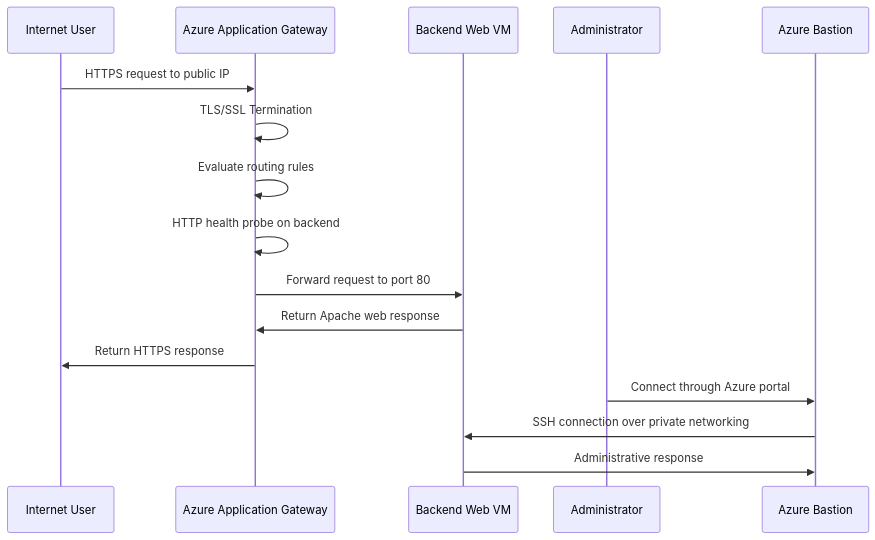
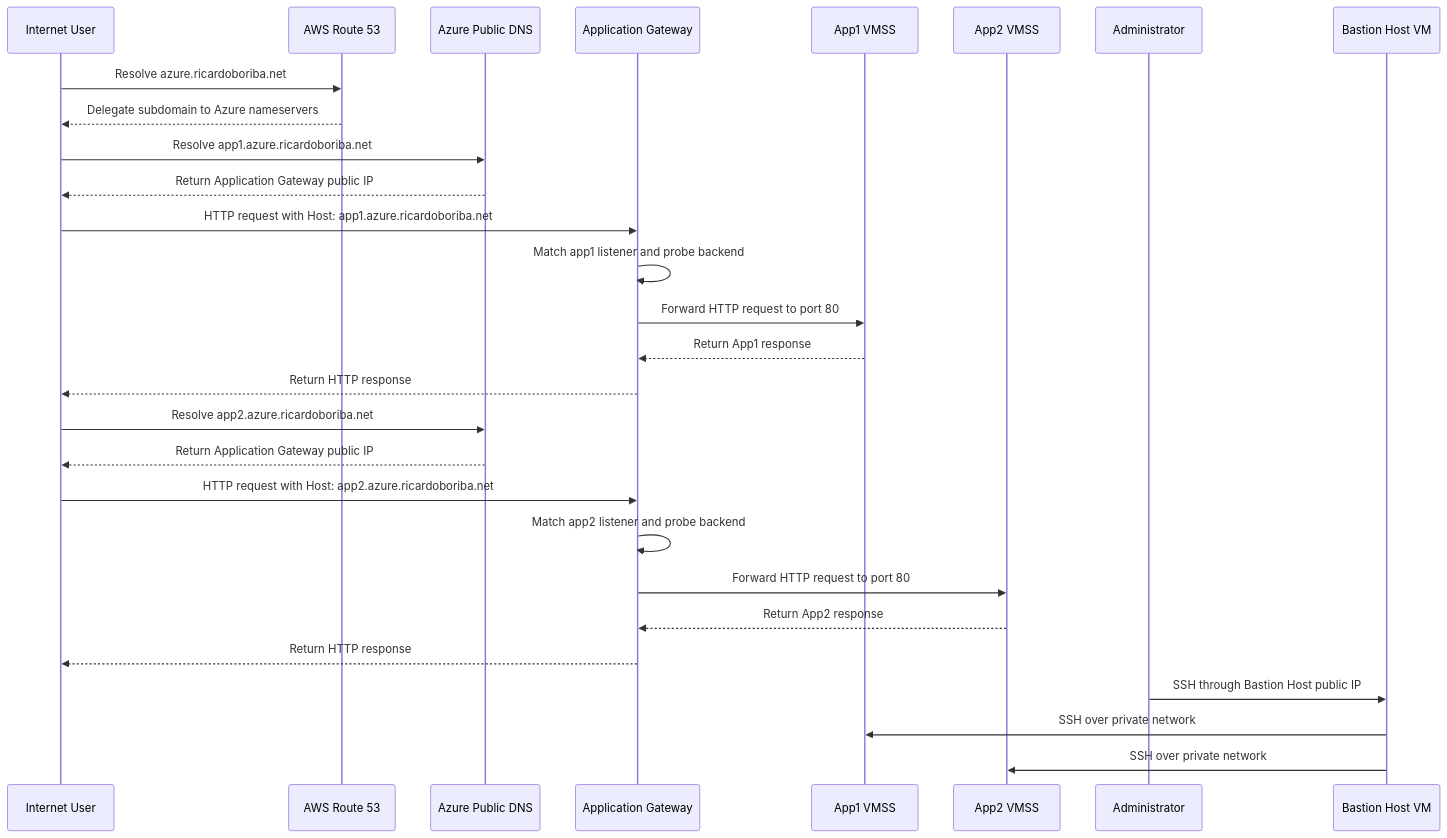
Before and after one commit to Richardbmk/azure-architecture-solutions: the diagram in 03-Project04-ApplicationGateway/README.md, drawn with Mermaid. The commit also changed other lines of this file and 1 other file, not shown here.

````diff
--- a/03-Project04-ApplicationGateway/README.md
+++ b/03-Project04-ApplicationGateway/README.md
@@ -74,20 +29,33 @@
 ```mermaid
 sequenceDiagram
     participant User as Internet User
-    participant AppGW as Azure Application Gateway
-    participant VM as Backend Web VM
+    participant AWS as AWS Route 53
+    participant AzureDNS as Azure Public DNS
+    participant Gateway as Application Gateway
+    participant App1 as App1 VMSS
+    participant App2 as App2 VMSS
     participant Admin as Administrator
-    participant Bastion as Azure Bastion
+    participant Bastion as Bastion Host VM
 
-    User->>AppGW: HTTPS request to public IP
-    AppGW->>AppGW: TLS/SSL Termination
-    AppGW->>AppGW: Evaluate routing rules
-    AppGW->>AppGW: HTTP health probe on backend
-    AppGW->>VM: Forward request to port 80
-    VM->>AppGW: Return Apache web response
-    AppGW->>User: Return HTTPS response
+    User->>AWS: Resolve azure.ricardoboriba.net
+    AWS-->>User: Delegate subdomain to Azure nameservers
+    User->>AzureDNS: Resolve app1.azure.ricardoboriba.net
+    AzureDNS-->>User: Return Application Gateway public IP
+    User->>Gateway: HTTP request with Host: app1.azure.ricardoboriba.net
+    Gateway->>Gateway: Match app1 listener and probe backend
+    Gateway->>App1: Forward HTTP request to port 80
+    App1-->>Gateway: Return App1 response
+    Gateway-->>User: Return HTTP response
 
-    Admin->>Bastion: Connect through Azure portal
-    Bastion->>VM: SSH connection over private networking
-    VM->>Bastion: Administrative response
+    User->>AzureDNS: Resolve app2.azure.ricardoboriba.net
+    AzureDNS-->>User: Return Application Gateway public IP
+    User->>Gateway: HTTP request with Host: app2.azure.ricardoboriba.net
+    Gateway->>Gateway: Match app2 listener and probe backend
+    Gateway->>App2: Forward HTTP request to port 80
+    App2-->>Gateway: Return App2 response
+    Gateway-->>User: Return HTTP response
+
+    Admin->>Bastion: SSH through Bastion Host public IP
+    Bastion->>App1: SSH over private network
+    Bastion->>App2: SSH over private network
 ```
````
